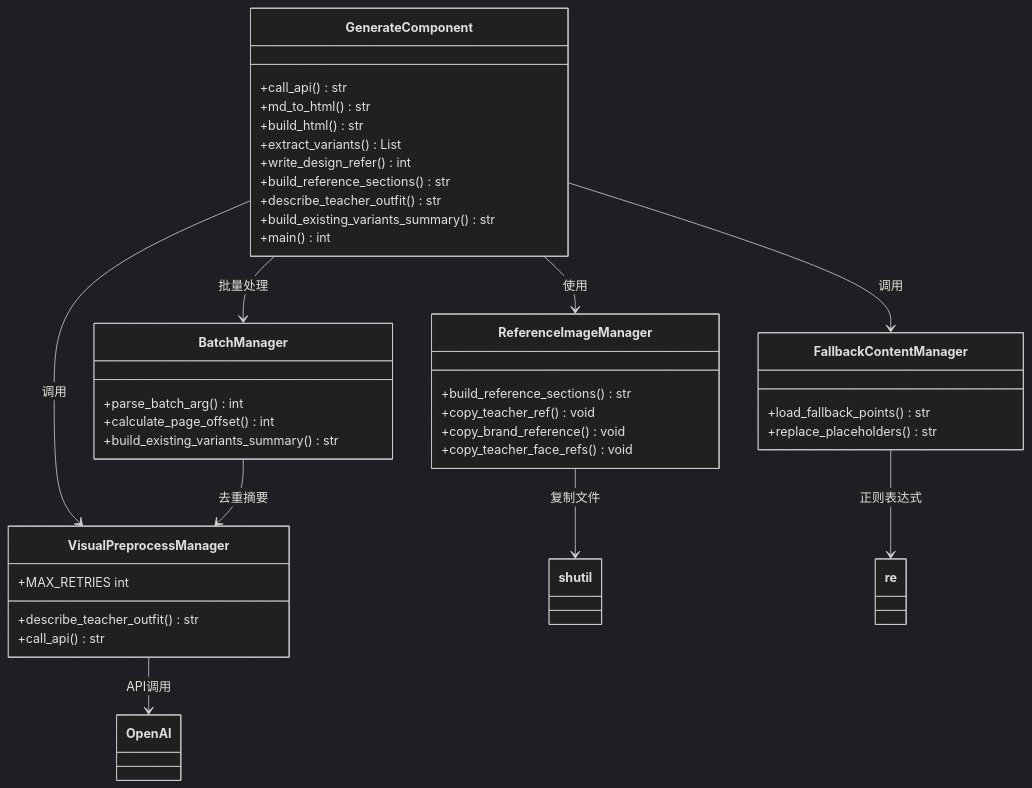
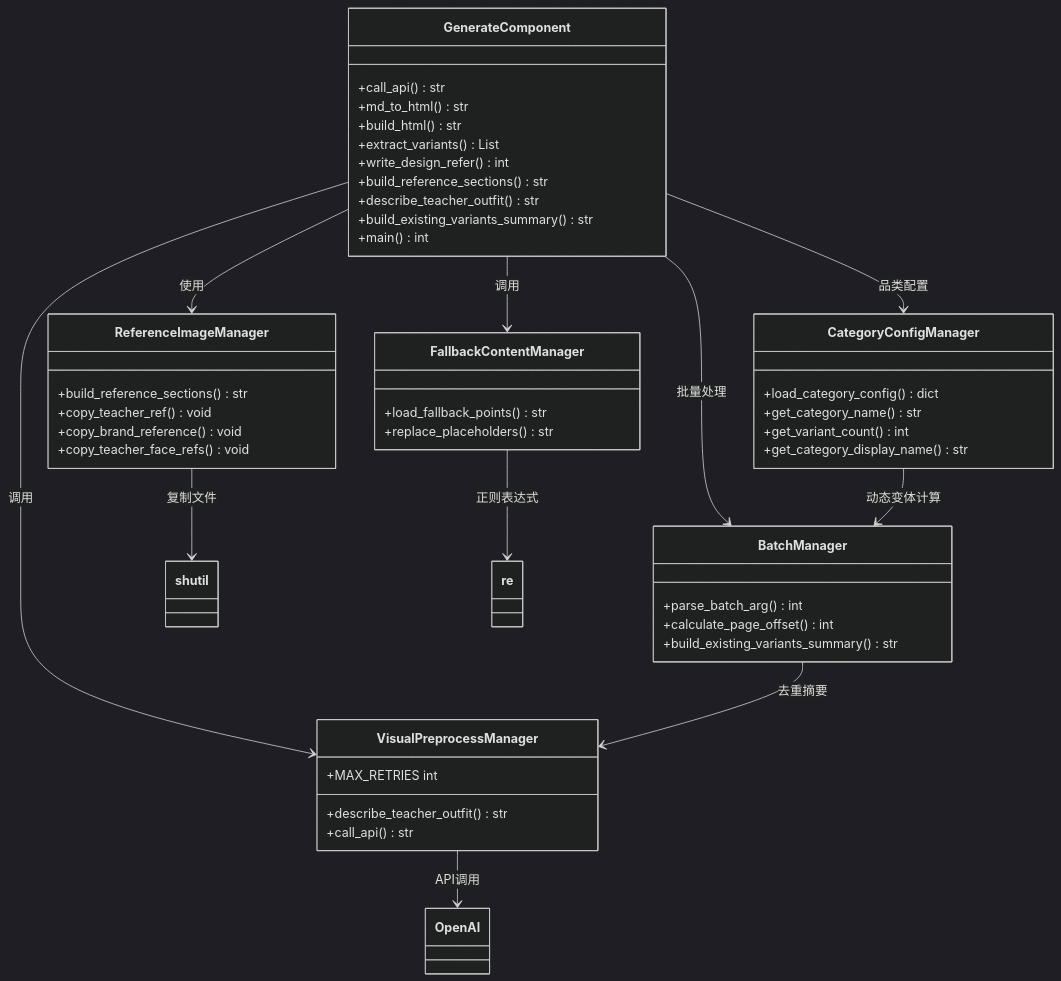
One commit to WongMingJiu/landingpage-test-hero-page changed the fourth of 23 diagrams in .qoder/repowiki/zh/content/配置和定制/配置和定制.md. Above: the diagram before and after it, drawn with Mermaid (dark theme). The commit also changed other lines of this file and 6 other files, not shown here.

````diff
--- a/.qoder/repowiki/zh/content/配置和定制/配置和定制.md
+++ b/.qoder/repowiki/zh/content/配置和定制/配置和定制.md
@@ -214,42 +250,50 @@
 ```mermaid
 classDiagram
 class GenerateComponent {
 +call_api() str
 +md_to_html() str
 +build_html() str
 +extract_variants() List
 +write_design_refer() int
 +build_reference_sections() str
 +describe_teacher_outfit() str
 +build_existing_variants_summary() str
 +main() int
+}
+class CategoryConfigManager {
++load_category_config() dict
++get_category_name() str
++get_variant_count() int
++get_category_display_name() str
 }
 class BatchManager {
 +parse_batch_arg() int
 +calculate_page_offset() int
 +build_existing_variants_summary() str
 }
 class VisualPreprocessManager {
 +describe_teacher_outfit() str
 +call_api() str
 +MAX_RETRIES int
 }
 class ReferenceImageManager {
 +build_reference_sections() str
 +copy_teacher_ref() void
 +copy_brand_reference() void
 +copy_teacher_face_refs() void
 }
 class FallbackContentManager {
 +load_fallback_points() str
 +replace_placeholders() str
 }
+GenerateComponent --> CategoryConfigManager : 品类配置
 GenerateComponent --> BatchManager : 批量处理
 GenerateComponent --> VisualPreprocessManager : 调用
 GenerateComponent --> ReferenceImageManager : 使用
 GenerateComponent --> FallbackContentManager : 调用
+CategoryConfigManager --> BatchManager : 动态变体计算
 BatchManager --> VisualPreprocessManager : 去重摘要
 VisualPreprocessManager --> OpenAI : API调用
 ReferenceImageManager --> shutil : 复制文件
 FallbackContentManager --> re : 正则表达式
 ```
````
